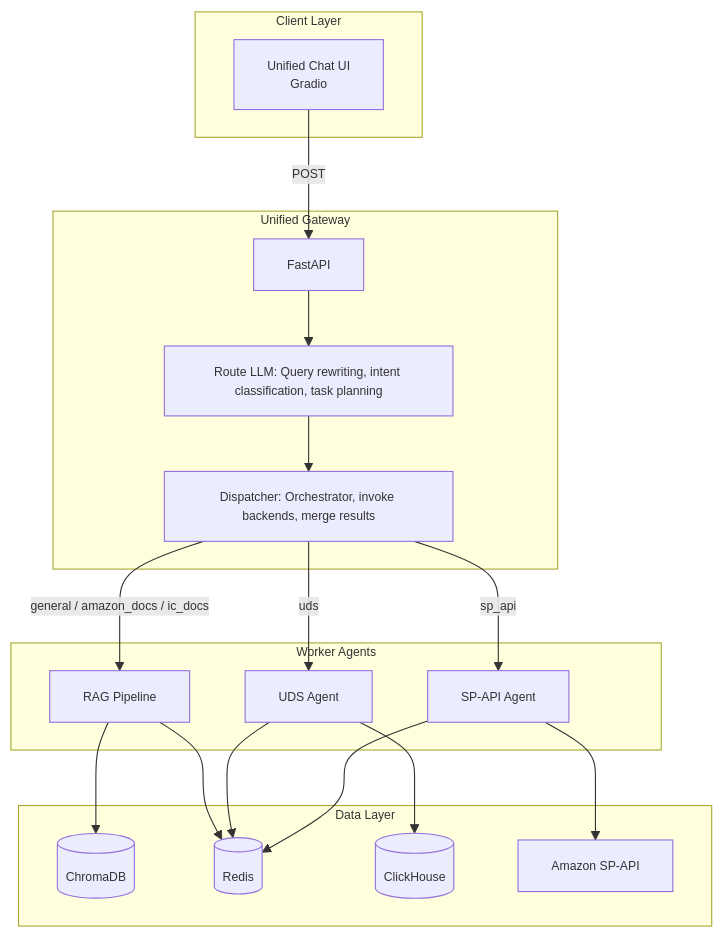
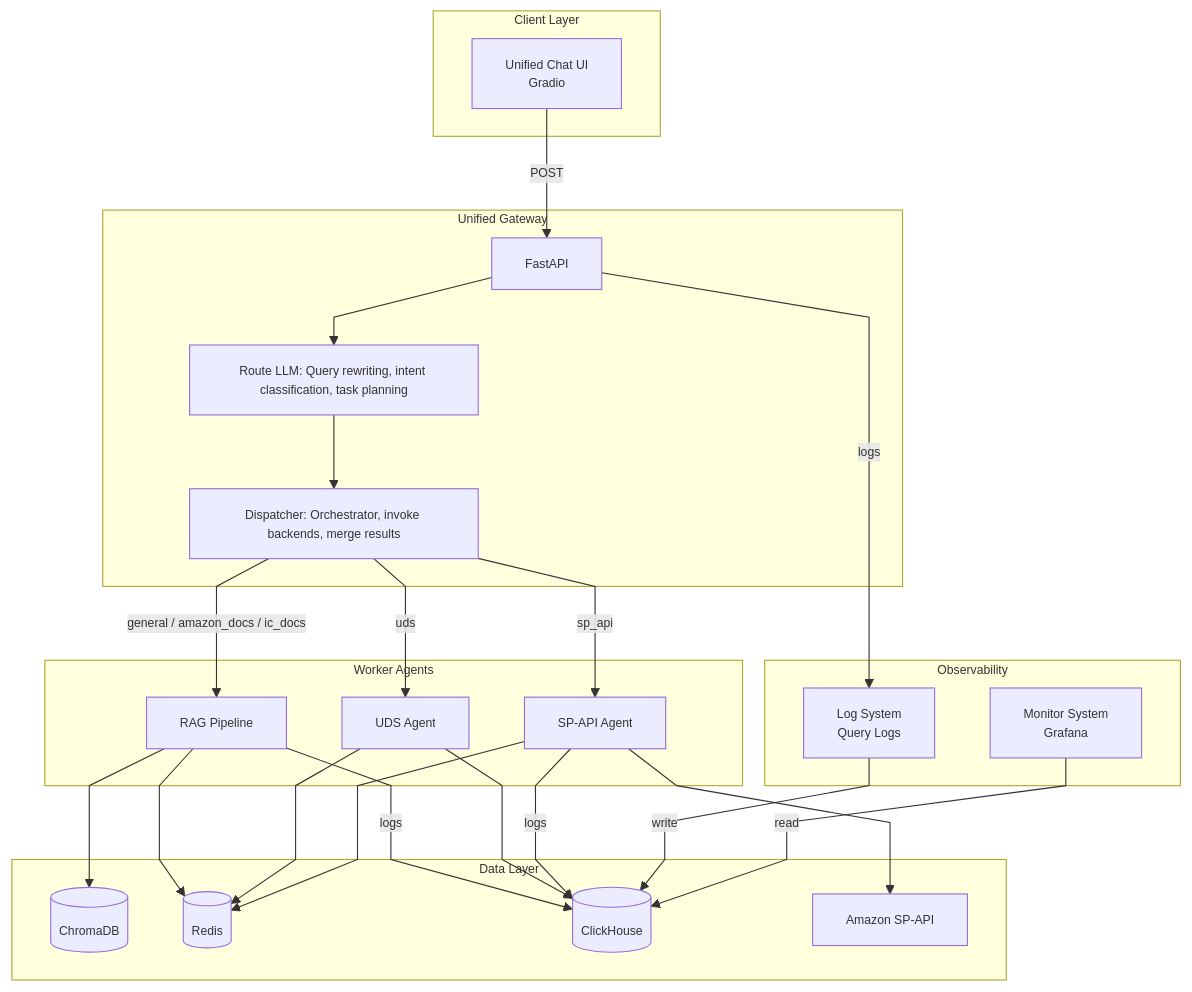
Before and after one commit to lenhop/IC-RAG-Agent: the first of 13 diagrams in docs/FRAMEWORK.md, drawn with Mermaid. The commit also changed other lines of this file, not shown here.

Commit message:
docs(FRAMEWORK): add observability, memory strategy, log/monitor systems
- Add Log System and Monitor System to System Overview (right side)
- RAG, UDS, SP-API connect to ClickHouse for logs
- Gateway writes to Log System, Monitor reads from ClickHouse
- Add Section 1.3 Memory Strategy: Redis (short-term), ClickHouse (long-term)
- Use linear curve for flowchart edges

Made-with: Cursor

````diff
--- a/docs/FRAMEWORK.md
+++ b/docs/FRAMEWORK.md
@@ -22,40 +22,51 @@
 ```mermaid
-%%{init: {'themeVariables': {'fontSize': '11px'}}}%%
+%%{init: {'themeVariables': {'fontSize': '11px'}, 'flowchart': {'curve': 'linear'}}}%%
 flowchart TB
     subgraph Client["Client Layer"]
         UI[Unified Chat UI<br/>Gradio]
     end
 
     subgraph Gateway["Unified Gateway"]
         API[FastAPI]
         RouteLLM[Route LLM: Query rewriting, intent classification, task planning]
         Dispatcher[Dispatcher: Orchestrator, invoke backends, merge results]
     end
 
     subgraph Backends["Worker Agents"]
         RAG[RAG Pipeline]
         UDS[UDS Agent]
         SP[SP-API Agent]
     end
 
     subgraph Data["Data Layer"]
         Chroma[(ChromaDB)]
         Redis[(Redis)]
         CH[(ClickHouse)]
         SPAPI_EXT[Amazon SP-API]
     end
 
+    subgraph Observability["Observability"]
+        Monitor[Monitor System<br/>Grafana]
+        Log[Log System<br/>Query Logs]
+    end
+
     UI -->|POST| API
     API --> RouteLLM
     RouteLLM --> Dispatcher
     Dispatcher -->|general / amazon_docs / ic_docs| RAG
     Dispatcher -->|uds| UDS
     Dispatcher -->|sp_api| SP
 
     RAG --> Chroma
     RAG --> Redis
+    RAG -->|logs| CH
     UDS --> CH
     UDS --> Redis
     SP --> SPAPI_EXT
     SP --> Redis
+    SP -->|logs| CH
+
+    API -->|logs| Log
+    Log -->|write| CH
+    Monitor -->|read| CH
 ```
````
